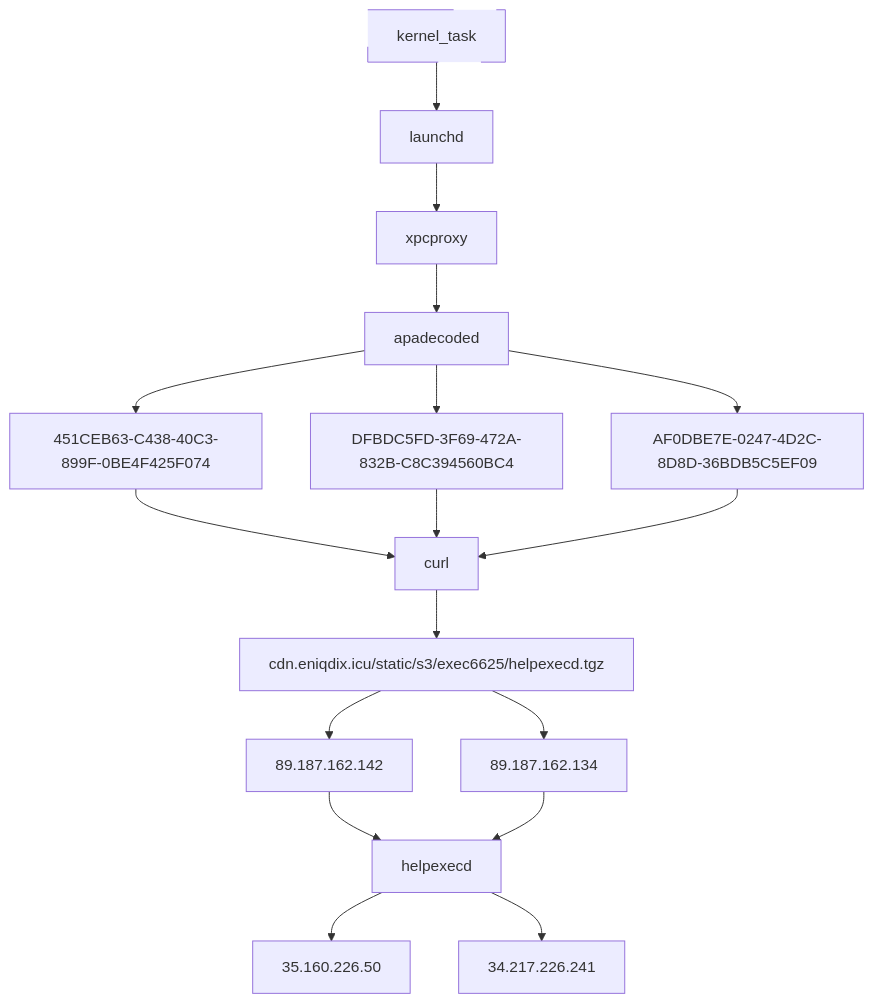
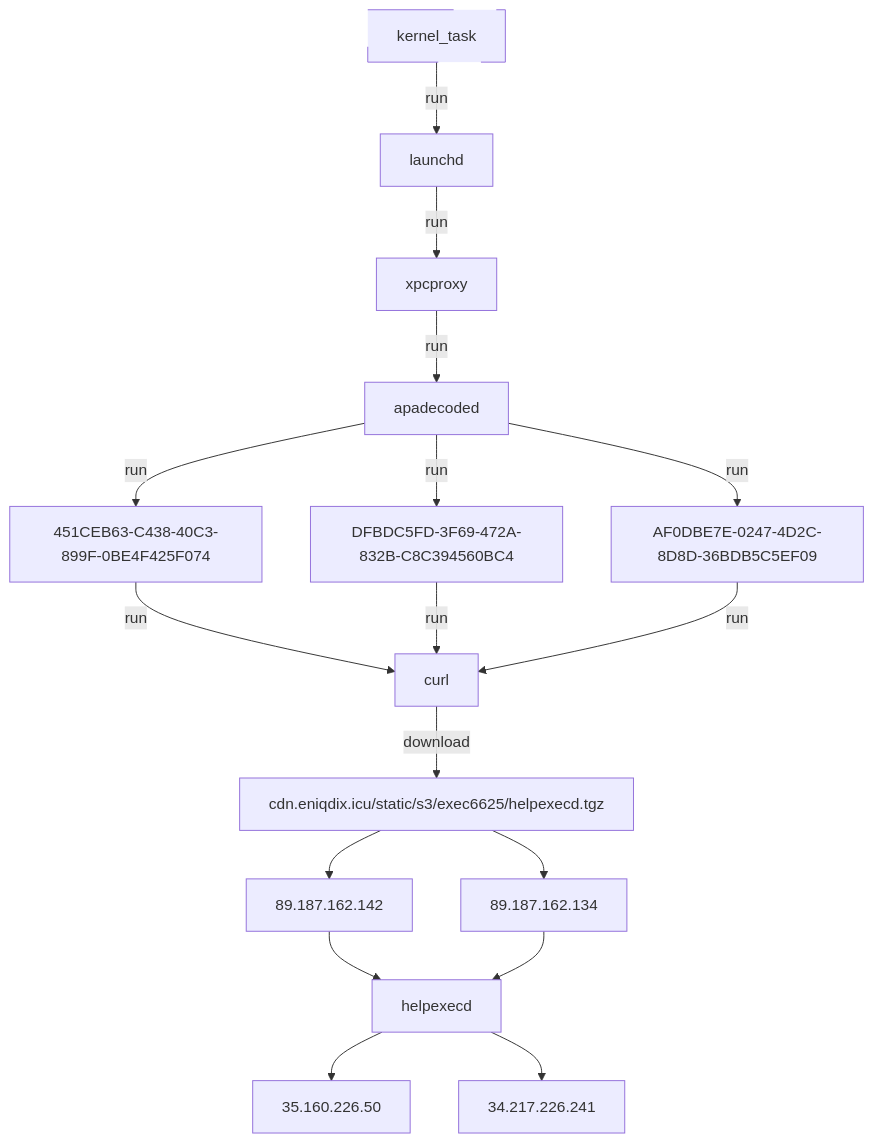
The diagram in _posts/2022-05-19-Mac-Malware.md (WildDogOne/DemonWareXT.github.io), drawn with Mermaid before and after one commit.

Commit message:
adding new case

```diff
--- a/_posts/2022-05-19-Mac-Malware.md
+++ b/_posts/2022-05-19-Mac-Malware.md
@@ -48,20 +48,20 @@
 <div class="mermaid">
 flowchart TD;
-    kernel_task --> launchd;
-    launchd --> xpcproxy;
-    xpcproxy --> apadecoded;
-    apadecoded --> 451CEB63-C438-40C3-899F-0BE4F425F074;
-    apadecoded --> DFBDC5FD-3F69-472A-832B-C8C394560BC4;
-    apadecoded --> AF0DBE7E-0247-4D2C-8D8D-36BDB5C5EF09;
-    451CEB63-C438-40C3-899F-0BE4F425F074 --> curl;
-    DFBDC5FD-3F69-472A-832B-C8C394560BC4 --> curl;
-    AF0DBE7E-0247-4D2C-8D8D-36BDB5C5EF09 --> curl;
-    curl --> cdn.eniqdix.icu/static/s3/exec6625/helpexecd.tgz;
+    kernel_task -->|run| launchd;
+    launchd --> |run|xpcproxy;
+    xpcproxy --> |run| apadecoded;
+    apadecoded -->|run| 451CEB63-C438-40C3-899F-0BE4F425F074;
+    apadecoded -->|run| DFBDC5FD-3F69-472A-832B-C8C394560BC4;
+    apadecoded -->|run| AF0DBE7E-0247-4D2C-8D8D-36BDB5C5EF09;
+    451CEB63-C438-40C3-899F-0BE4F425F074 -->|run| curl;
+    DFBDC5FD-3F69-472A-832B-C8C394560BC4 -->|run| curl;
+    AF0DBE7E-0247-4D2C-8D8D-36BDB5C5EF09 --> |run|curl;
+    curl -->|download| cdn.eniqdix.icu/static/s3/exec6625/helpexecd.tgz;
     cdn.eniqdix.icu/static/s3/exec6625/helpexecd.tgz --> 89.187.162.142;
     cdn.eniqdix.icu/static/s3/exec6625/helpexecd.tgz --> 89.187.162.134;
     89.187.162.142 --> helpexecd;
     89.187.162.134 --> helpexecd;
     helpexecd --> 35.160.226.50;
     helpexecd --> 34.217.226.241;
     style kernel_task stroke-dasharray: 88.5 44
 </div>
```
